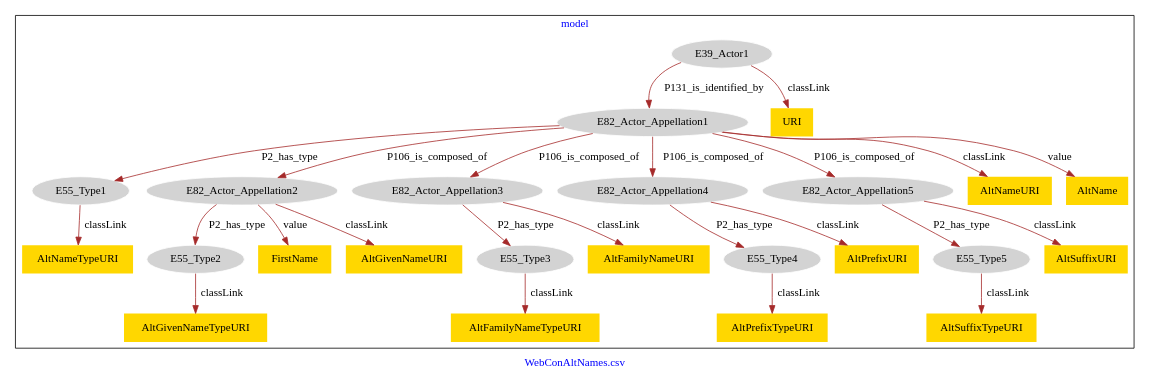
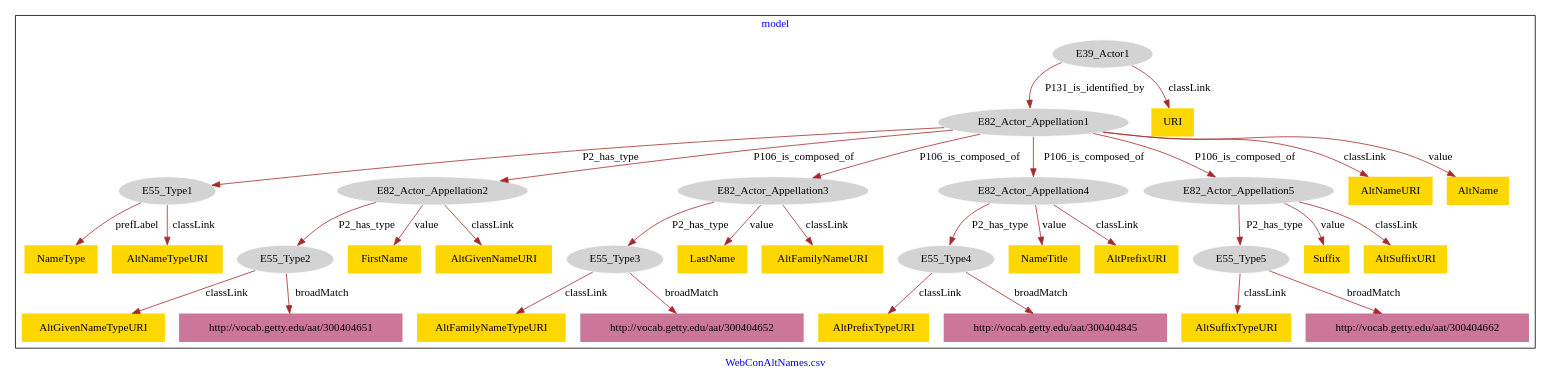
The diagram in Artist/WebConAltNames-model.dot (american-art/SAAM), drawn with Graphviz before and after one commit.

Commit message:
Update file WebConAltNames-model.dot

```diff
--- a/Artist/WebConAltNames-model.dot
+++ b/Artist/WebConAltNames-model.dot
@@ -1,55 +1,71 @@
 digraph n0 {
 fontcolor="blue"
 remincross="true"
 label="WebConAltNames.csv"
 subgraph cluster {
 label="model"
 n2[style="filled",color="white",fillcolor="lightgray",label="E39_Actor1"];
 n3[style="filled",color="white",fillcolor="lightgray",label="E82_Actor_Appellation1"];
 n4[style="filled",color="white",fillcolor="lightgray",label="E55_Type1"];
 n5[style="filled",color="white",fillcolor="lightgray",label="E82_Actor_Appellation2"];
 n6[style="filled",color="white",fillcolor="lightgray",label="E82_Actor_Appellation3"];
 n7[style="filled",color="white",fillcolor="lightgray",label="E82_Actor_Appellation4"];
 n8[style="filled",color="white",fillcolor="lightgray",label="E82_Actor_Appellation5"];
 n9[style="filled",color="white",fillcolor="lightgray",label="E55_Type2"];
 n10[style="filled",color="white",fillcolor="lightgray",label="E55_Type3"];
 n11[style="filled",color="white",fillcolor="lightgray",label="E55_Type4"];
 n12[style="filled",color="white",fillcolor="lightgray",label="E55_Type5"];
-n13[shape="plaintext",style="filled",fillcolor="gold",label="AltFamilyNameTypeURI"];
-n14[shape="plaintext",style="filled",fillcolor="gold",label="AltGivenNameTypeURI"];
-n15[shape="plaintext",style="filled",fillcolor="gold",label="AltNameURI"];
-n16[shape="plaintext",style="filled",fillcolor="gold",label="AltNameTypeURI"];
-n17[shape="plaintext",style="filled",fillcolor="gold",label="URI"];
-n18[shape="plaintext",style="filled",fillcolor="gold",label="AltSuffixURI"];
-n19[shape="plaintext",style="filled",fillcolor="gold",label="FirstName"];
-n20[shape="plaintext",style="filled",fillcolor="gold",label="AltSuffixTypeURI"];
-n21[shape="plaintext",style="filled",fillcolor="gold",label="AltPrefixTypeURI"];
-n22[shape="plaintext",style="filled",fillcolor="gold",label="AltName"];
-n23[shape="plaintext",style="filled",fillcolor="gold",label="AltPrefixURI"];
-n24[shape="plaintext",style="filled",fillcolor="gold",label="AltGivenNameURI"];
-n25[shape="plaintext",style="filled",fillcolor="gold",label="AltFamilyNameURI"];
+n13[shape="plaintext",style="filled",fillcolor="gold",label="LastName"];
+n14[shape="plaintext",style="filled",fillcolor="gold",label="AltFamilyNameTypeURI"];
+n15[shape="plaintext",style="filled",fillcolor="gold",label="NameTitle"];
+n16[shape="plaintext",style="filled",fillcolor="gold",label="NameType"];
+n17[shape="plaintext",style="filled",fillcolor="gold",label="AltGivenNameTypeURI"];
+n18[shape="plaintext",style="filled",fillcolor="gold",label="Suffix"];
+n19[shape="plaintext",style="filled",fillcolor="gold",label="AltNameURI"];
+n20[shape="plaintext",style="filled",fillcolor="gold",label="AltNameTypeURI"];
+n21[shape="plaintext",style="filled",fillcolor="gold",label="URI"];
+n22[shape="plaintext",style="filled",fillcolor="gold",label="AltSuffixURI"];
+n23[shape="plaintext",style="filled",fillcolor="gold",label="FirstName"];
+n24[shape="plaintext",style="filled",fillcolor="gold",label="AltSuffixTypeURI"];
+n25[shape="plaintext",style="filled",fillcolor="gold",label="AltPrefixTypeURI"];
+n26[shape="plaintext",style="filled",fillcolor="gold",label="AltName"];
+n27[shape="plaintext",style="filled",fillcolor="gold",label="AltPrefixURI"];
+n28[shape="plaintext",style="filled",fillcolor="gold",label="AltGivenNameURI"];
+n29[shape="plaintext",style="filled",fillcolor="gold",label="AltFamilyNameURI"];
+n30[shape="plaintext",style="filled",fillcolor="#CC7799",label="http://vocab.getty.edu/aat/300404651"];
+n31[shape="plaintext",style="filled",fillcolor="#CC7799",label="http://vocab.getty.edu/aat/300404652"];
+n32[shape="plaintext",style="filled",fillcolor="#CC7799",label="http://vocab.getty.edu/aat/300404845"];
+n33[shape="plaintext",style="filled",fillcolor="#CC7799",label="http://vocab.getty.edu/aat/300404662"];
 }
 n2 -> n3[color="brown",fontcolor="black",label="P131_is_identified_by"]
 n3 -> n4[color="brown",fontcolor="black",label="P2_has_type"]
 n3 -> n5[color="brown",fontcolor="black",label="P106_is_composed_of"]
 n3 -> n6[color="brown",fontcolor="black",label="P106_is_composed_of"]
 n3 -> n7[color="brown",fontcolor="black",label="P106_is_composed_of"]
 n3 -> n8[color="brown",fontcolor="black",label="P106_is_composed_of"]
 n5 -> n9[color="brown",fontcolor="black",label="P2_has_type"]
 n6 -> n10[color="brown",fontcolor="black",label="P2_has_type"]
 n7 -> n11[color="brown",fontcolor="black",label="P2_has_type"]
 n8 -> n12[color="brown",fontcolor="black",label="P2_has_type"]
-n10 -> n13[color="brown",fontcolor="black",label="classLink"]
-n9 -> n14[color="brown",fontcolor="black",label="classLink"]
-n3 -> n15[color="brown",fontcolor="black",label="classLink"]
-n4 -> n16[color="brown",fontcolor="black",label="classLink"]
-n2 -> n17[color="brown",fontcolor="black",label="classLink"]
-n8 -> n18[color="brown",fontcolor="black",label="classLink"]
-n5 -> n19[color="brown",fontcolor="black",label="value"]
-n12 -> n20[color="brown",fontcolor="black",label="classLink"]
-n11 -> n21[color="brown",fontcolor="black",label="classLink"]
-n3 -> n22[color="brown",fontcolor="black",label="value"]
-n7 -> n23[color="brown",fontcolor="black",label="classLink"]
-n5 -> n24[color="brown",fontcolor="black",label="classLink"]
-n6 -> n25[color="brown",fontcolor="black",label="classLink"]
+n6 -> n13[color="brown",fontcolor="black",label="value"]
+n10 -> n14[color="brown",fontcolor="black",label="classLink"]
+n7 -> n15[color="brown",fontcolor="black",label="value"]
+n4 -> n16[color="brown",fontcolor="black",label="prefLabel"]
+n9 -> n17[color="brown",fontcolor="black",label="classLink"]
+n8 -> n18[color="brown",fontcolor="black",label="value"]
+n3 -> n19[color="brown",fontcolor="black",label="classLink"]
+n4 -> n20[color="brown",fontcolor="black",label="classLink"]
+n2 -> n21[color="brown",fontcolor="black",label="classLink"]
+n8 -> n22[color="brown",fontcolor="black",label="classLink"]
+n5 -> n23[color="brown",fontcolor="black",label="value"]
+n12 -> n24[color="brown",fontcolor="black",label="classLink"]
+n11 -> n25[color="brown",fontcolor="black",label="classLink"]
+n3 -> n26[color="brown",fontcolor="black",label="value"]
+n7 -> n27[color="brown",fontcolor="black",label="classLink"]
+n5 -> n28[color="brown",fontcolor="black",label="classLink"]
+n6 -> n29[color="brown",fontcolor="black",label="classLink"]
+n9 -> n30[color="brown",fontcolor="black",label="broadMatch"]
+n10 -> n31[color="brown",fontcolor="black",label="broadMatch"]
+n11 -> n32[color="brown",fontcolor="black",label="broadMatch"]
+n12 -> n33[color="brown",fontcolor="black",label="broadMatch"]
 }
```
